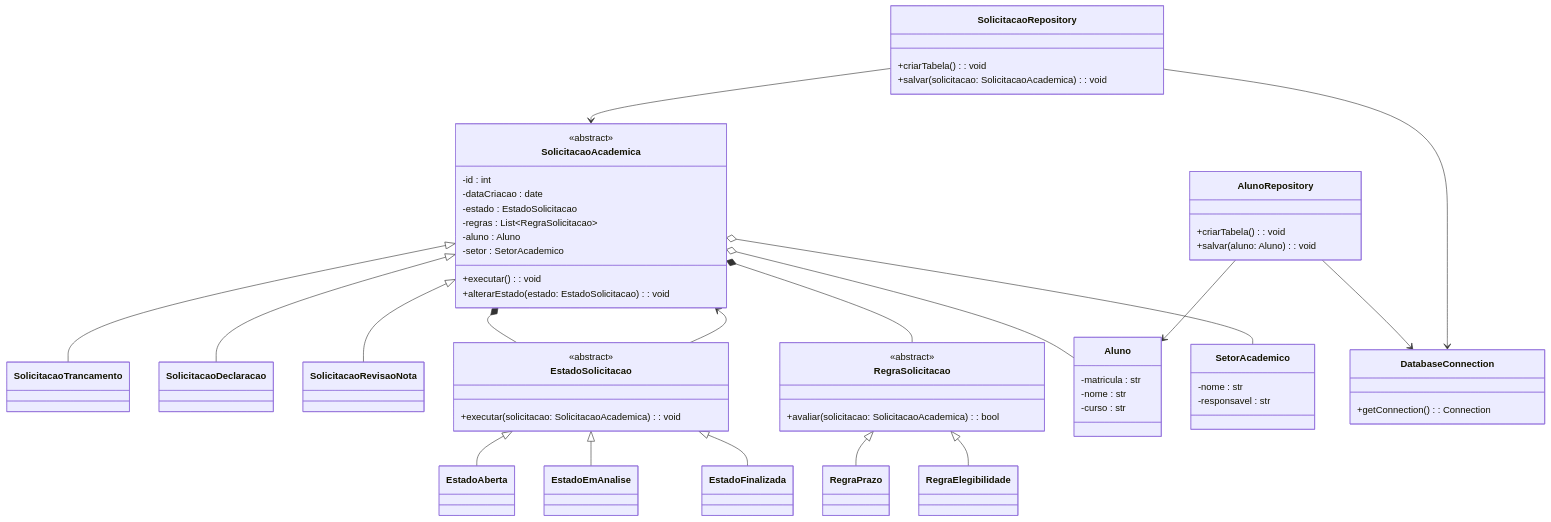
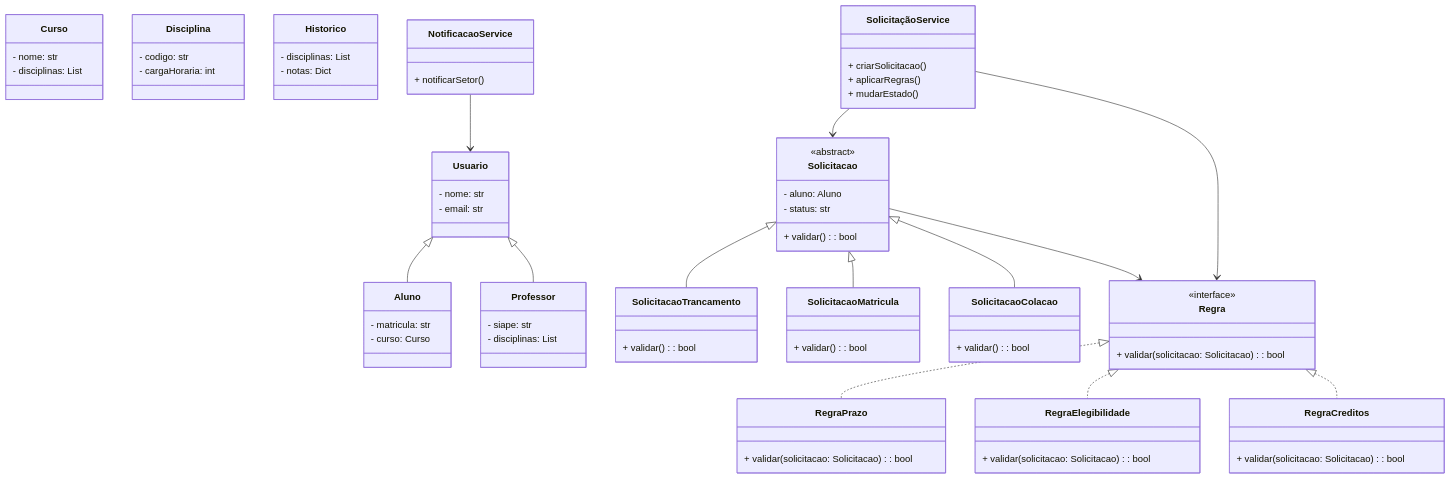
The diagram in README.md (carlossan25c/Sistema-SGPAD-), drawn with Mermaid before and after one commit. The commit also changed other lines of this file, not shown here.

Commit message:
Update README.md
reestruturação

````diff
--- a/README.md
+++ b/README.md
@@ -46,86 +39,96 @@
 ```mermaid
 classDiagram
+    class Usuario {
+        - nome: str
+        - email: str
+    }
 
-class SolicitacaoAcademica {
-  <<abstract>>
-  -id : int
-  -dataCriacao : date
-  -estado : EstadoSolicitacao
-  -regras : List~RegraSolicitacao~
-  -aluno : Aluno
-  -setor : SetorAcademico
-  +executar() : void
-  +alterarEstado(estado: EstadoSolicitacao) : void
-}
+    class Aluno {
+        - matricula: str
+        - curso: Curso
+    }
 
-class SolicitacaoTrancamento
-class SolicitacaoDeclaracao
-class SolicitacaoRevisaoNota
+    class Professor {
+        - siape: str
+        - disciplinas: List<Disciplina>
+    }
 
-class EstadoSolicitacao {
-  <<abstract>>
-  +executar(solicitacao: SolicitacaoAcademica) : void
-}
+    Usuario <|-- Aluno
+    Usuario <|-- Professor
 
-class EstadoAberta
-class EstadoEmAnalise
-class EstadoFinalizada
+    class Curso {
+        - nome: str
+        - disciplinas: List<Disciplina>
+    }
 
-class RegraSolicitacao {
-  <<abstract>>
-  +avaliar(solicitacao: SolicitacaoAcademica) : bool
-}
+    class Disciplina {
+        - codigo: str
+        - cargaHoraria: int
+    }
 
-class RegraPrazo
-class RegraElegibilidade
+    class Historico {
+        - disciplinas: List<Disciplina>
+        - notas: Dict
+    }
 
-class Aluno {
-  -matricula : str
-  -nome : str
-  -curso : str
-}
+    class Solicitacao {
+        <<abstract>>
+        - aluno: Aluno
+        - status: str
+        + validar(): bool
+    }
 
-class SetorAcademico {
-  -nome : str
-  -responsavel : str
-}
+    class SolicitacaoTrancamento {
+        + validar(): bool
+    }
 
-class DatabaseConnection {
-  +getConnection() : Connection
-}
+    class SolicitacaoMatricula {
+        + validar(): bool
+    }
 
-class AlunoRepository {
-  +criarTabela() : void
-  +salvar(aluno: Aluno) : void
-}
+    class SolicitacaoColacao {
+        + validar(): bool
+    }
 
-class SolicitacaoRepository {
-  +criarTabela() : void
-  +salvar(solicitacao: SolicitacaoAcademica) : void
-}
+    Solicitacao <|-- SolicitacaoTrancamento
+    Solicitacao <|-- SolicitacaoMatricula
+    Solicitacao <|-- SolicitacaoColacao
 
-SolicitacaoAcademica <|-- SolicitacaoTrancamento
-SolicitacaoAcademica <|-- SolicitacaoDeclaracao
-SolicitacaoAcademica <|-- SolicitacaoRevisaoNota
+    class Regra {
+        <<interface>>
+        + validar(solicitacao: Solicitacao): bool
+    }
 
-EstadoSolicitacao <|-- EstadoAberta
-EstadoSolicitacao <|-- EstadoEmAnalise
-EstadoSolicitacao <|-- EstadoFinalizada
+    class RegraPrazo {
+        + validar(solicitacao: Solicitacao): bool
+    }
 
-RegraSolicitacao <|-- RegraPrazo
-RegraSolicitacao <|-- RegraElegibilidade
+    class RegraElegibilidade {
+        + validar(solicitacao: Solicitacao): bool
+    }
 
-SolicitacaoAcademica *-- EstadoSolicitacao
-SolicitacaoAcademica *-- RegraSolicitacao
+    class RegraCreditos {
+        + validar(solicitacao: Solicitacao): bool
+    }
 
-SolicitacaoAcademica o-- Aluno
-SolicitacaoAcademica o-- SetorAcademico
+    Regra <|.. RegraPrazo
+    Regra <|.. RegraElegibilidade
+    Regra <|.. RegraCreditos
 
-EstadoSolicitacao --> SolicitacaoAcademica
+    Solicitacao --> Regra
 
-AlunoRepository --> Aluno
-SolicitacaoRepository --> SolicitacaoAcademica
+    class SolicitaçãoService {
+        + criarSolicitacao()
+        + aplicarRegras()
+        + mudarEstado()
+    }
 
-AlunoRepository --> DatabaseConnection
-SolicitacaoRepository --> DatabaseConnection
+    class NotificacaoService {
+        + notificarSetor()
+    }
+
+    SolicitaçãoService --> Solicitacao
+    SolicitaçãoService --> Regra
+    NotificacaoService --> Usuario
+
 ```
````
